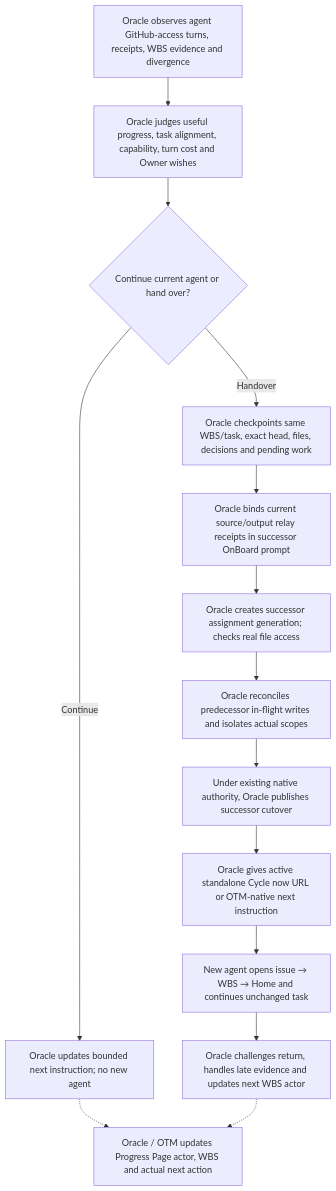
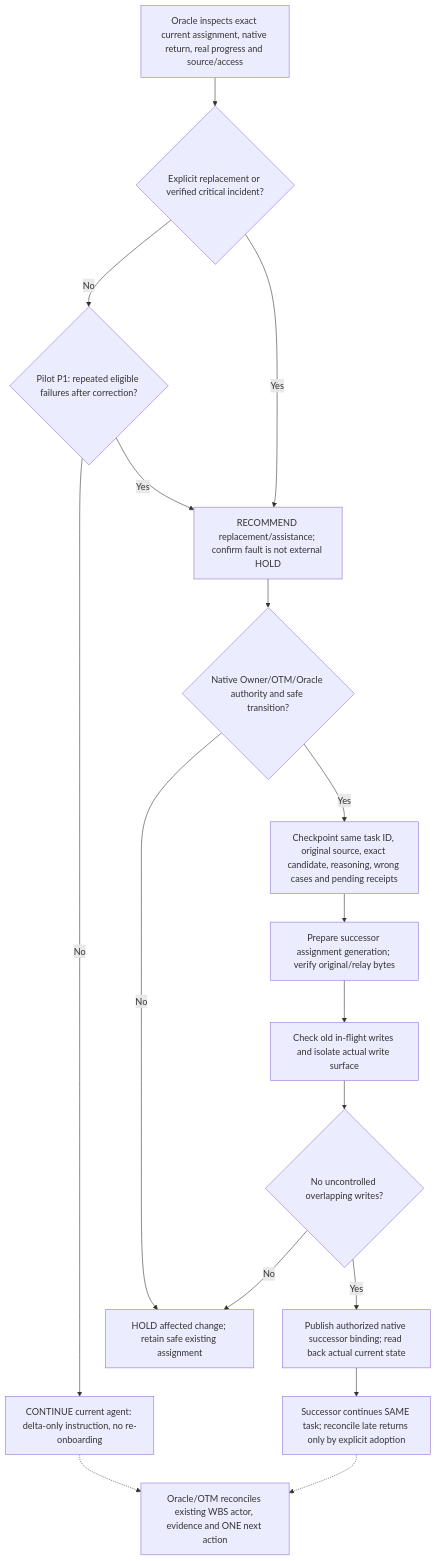
Before and after one commit to reallakshman19/Common: the fourth of 5 diagrams in skills/agent-work/ENTRY_PROCESS_MAPS.md, drawn with Mermaid. The commit also changed other lines of this file, not shown here.

Commit message:
docs(agent-work): executable spine with measured agent and Oracle continuity

````diff
--- a/skills/agent-work/ENTRY_PROCESS_MAPS.md
+++ b/skills/agent-work/ENTRY_PROCESS_MAPS.md
@@ -126,17 +131,20 @@
 ```mermaid
 flowchart TD
-  D0["Oracle observes agent GitHub-access turns, receipts, WBS evidence and divergence"]
-  D0 --> D1["Oracle judges useful progress, task alignment, capability, turn cost and Owner wishes"]
-  D1 --> D2{"Continue current agent or hand over?"}
-  D2 -->|Continue| D3["Oracle updates bounded next instruction; no new agent"]
-  D2 -->|Handover| D4["Oracle checkpoints same WBS/task, exact head, files, decisions and pending work"]
-  D4 --> D5["Oracle binds current source/output relay receipts in successor OnBoard prompt"]
-  D5 --> D6["Oracle creates successor assignment generation; checks real file access"]
-  D6 --> D7["Oracle reconciles predecessor in-flight writes and isolates actual scopes"]
-  D7 --> D8["Under existing native authority, Oracle publishes successor cutover"]
-  D8 --> D9["Oracle gives active standalone Cycle now URL or OTM-native next instruction"]
-  D9 --> D10["New agent opens issue → WBS → Home and continues unchanged task"]
-  D10 --> D11["Oracle challenges return, handles late evidence and updates next WBS actor"]
-  D3 -.-> DP["Oracle / OTM updates Progress Page actor, WBS and actual next action"]
+  D0["Oracle inspects exact current assignment, native return, real progress and source/access"]
+  D0 --> D1{"Explicit replacement or verified critical incident?"}
+  D1 -->|No| D2{"Pilot P1: repeated eligible failures after correction?"}
+  D2 -->|No| D3["CONTINUE current agent: delta-only instruction, no re-onboarding"]
+  D2 -->|Yes| D4["RECOMMEND replacement/assistance; confirm fault is not external HOLD"]
+  D1 -->|Yes| D4
+  D4 --> D5{"Native Owner/OTM/Oracle authority and safe transition?"}
+  D5 -->|No| DX["HOLD affected change; retain safe existing assignment"]
+  D5 -->|Yes| D6["Checkpoint same task ID, original source, exact candidate, reasoning, wrong cases and pending receipts"]
+  D6 --> D7["Prepare successor assignment generation; verify original/relay bytes"]
+  D7 --> D8["Check old in-flight writes and isolate actual write surface"]
+  D8 --> D9{"No uncontrolled overlapping writes?"}
+  D9 -->|No| DX
+  D9 -->|Yes| D10["Publish authorized native successor binding; read back actual current state"]
+  D10 --> D11["Successor continues SAME task; reconcile late returns only by explicit adoption"]
+  D3 -.-> DP["Oracle/OTM reconciles existing WBS actor, evidence and ONE next action"]
   D11 -.-> DP
 ```
````
